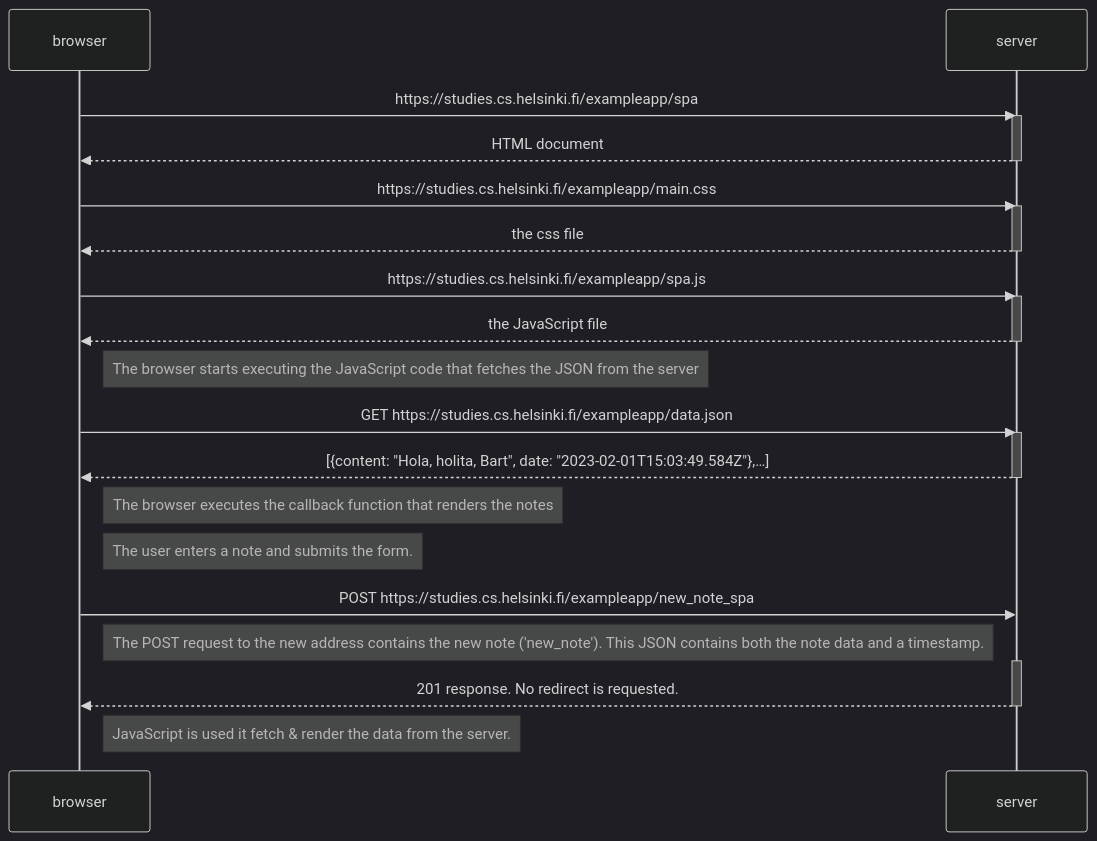
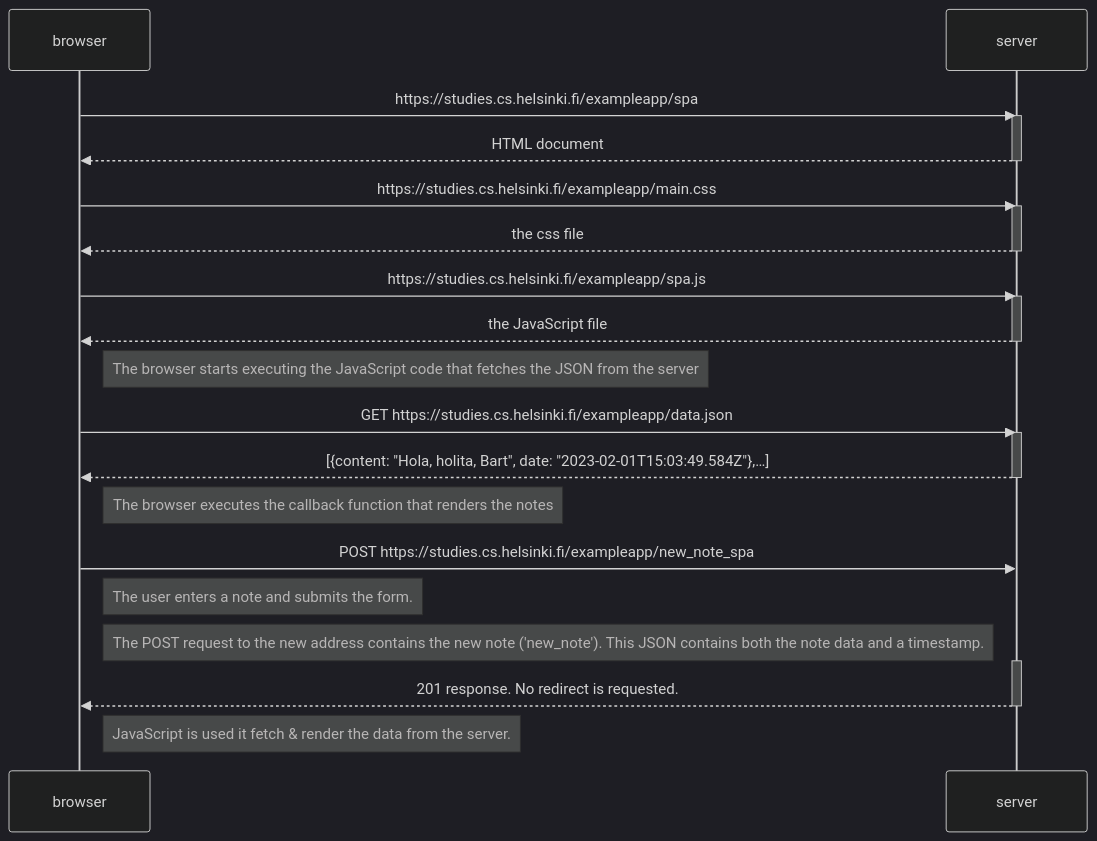
The diagram in part0/0.6_new_note_single_page_diagram.mmd (emmawalshdev/fullstackopen), drawn with Mermaid (dark theme) before and after one commit. The commit also changed 1 other file, not shown here.

```diff
--- a/part0/0.6_new_note_single_page_diagram.mmd
+++ b/part0/0.6_new_note_single_page_diagram.mmd
@@ -1,38 +1,37 @@
 sequenceDiagram
     participant browser
     participant server
     
     browser->>server: https://studies.cs.helsinki.fi/exampleapp/spa
     activate server
     server-->>browser: HTML document
     deactivate server
     
     browser->>server: https://studies.cs.helsinki.fi/exampleapp/main.css
     activate server
     server-->>browser: the css file
     deactivate server
     
     browser->>server: https://studies.cs.helsinki.fi/exampleapp/spa.js
     activate server
     server-->>browser: the JavaScript file
     deactivate server
     
     Note right of browser: The browser starts executing the JavaScript code that fetches the JSON from the server
     
     browser->>server: GET https://studies.cs.helsinki.fi/exampleapp/data.json
     activate server
     server-->>browser: [{content: "Hola, holita, Bart", date: "2023-02-01T15:03:49.584Z"},…]
     deactivate server    
 
     Note right of browser: The browser executes the callback function that renders the notes 
 
+    browser->>server: POST https://studies.cs.helsinki.fi/exampleapp/new_note_spa
     Note right of browser: The user enters a note and submits the form. 
-
-    browser->>server: POST https://studies.cs.helsinki.fi/exampleapp/new_note_spa
     Note right of browser: The POST request to the new address contains the new note ('new_note'). This JSON contains both the note data and a timestamp.
     
     activate server
     server-->>browser: 201 response. No redirect is requested.
     deactivate server
 
     Note right of browser: JavaScript is used it fetch & render the data from the server.
```
